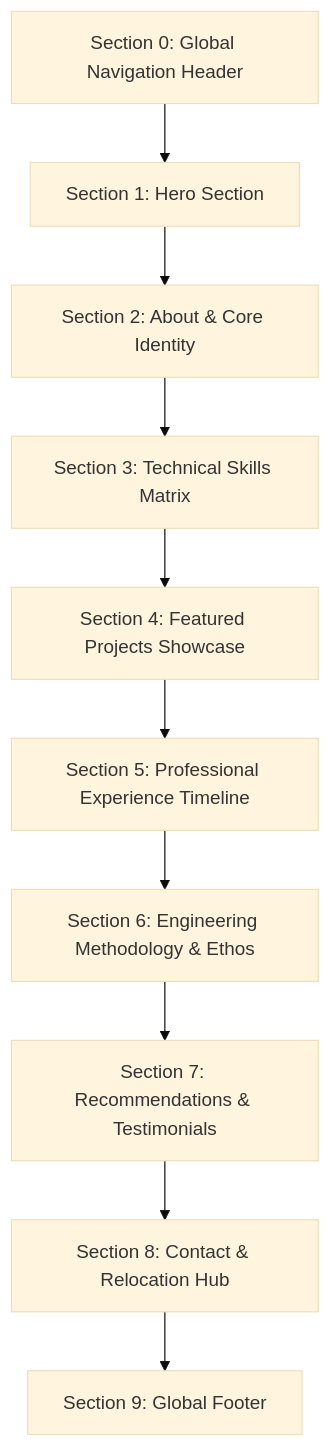
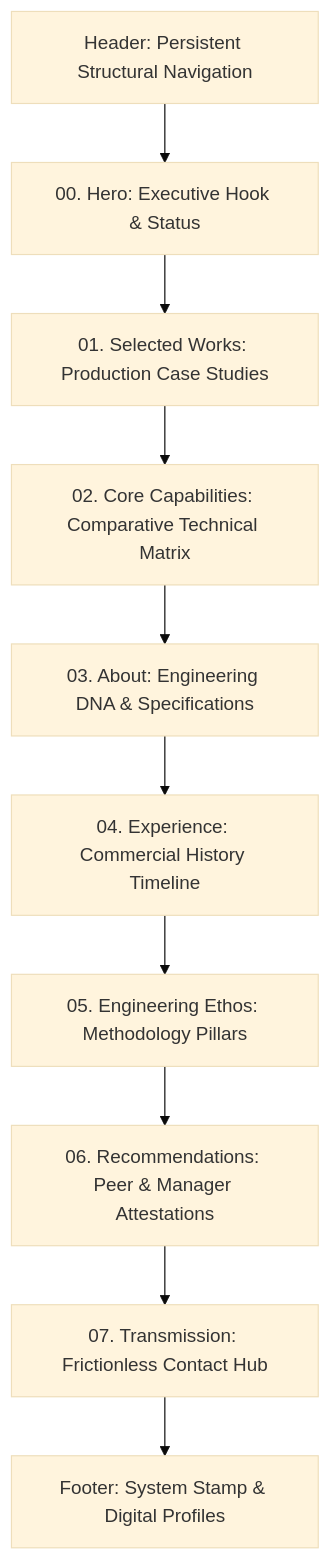
Before and after one commit to khSafvan/safvan-dev: the diagram in docs/sections.md, drawn with Mermaid (base theme). The commit also changed other lines of this file and 7 other files, not shown here.

````diff
--- a/docs/sections.md
+++ b/docs/sections.md
@@ -9,15 +10,15 @@
 ```mermaid
 graph TD
-  S0[Section 0: Global Navigation Header]
-  S1[Section 1: Hero Section]
-  S2[Section 2: About & Core Identity]
-  S3[Section 3: Technical Skills Matrix]
-  S4[Section 4: Featured Projects Showcase]
-  S5[Section 5: Professional Experience Timeline]
-  S6[Section 6: Engineering Methodology & Ethos]
-  S7[Section 7: Recommendations & Testimonials]
-  S8[Section 8: Contact & Relocation Hub]
-  S9[Section 9: Global Footer]
+  H[Header: Persistent Structural Navigation]
+  S0[00. Hero: Executive Hook & Status]
+  S1[01. Selected Works: Production Case Studies]
+  S2[02. Core Capabilities: Comparative Technical Matrix]
+  S3[03. About: Engineering DNA & Specifications]
+  S4[04. Experience: Commercial History Timeline]
+  S5[05. Engineering Ethos: Methodology Pillars]
+  S6[06. Recommendations: Peer & Manager Attestations]
+  S7[07. Transmission: Frictionless Contact Hub]
+  F[Footer: System Stamp & Digital Profiles]
 
-  S0 --> S1 --> S2 --> S3 --> S4 --> S5 --> S6 --> S7 --> S8 --> S9
+  H --> S0 --> S1 --> S2 --> S3 --> S4 --> S5 --> S6 --> S7 --> F
 ```
````
